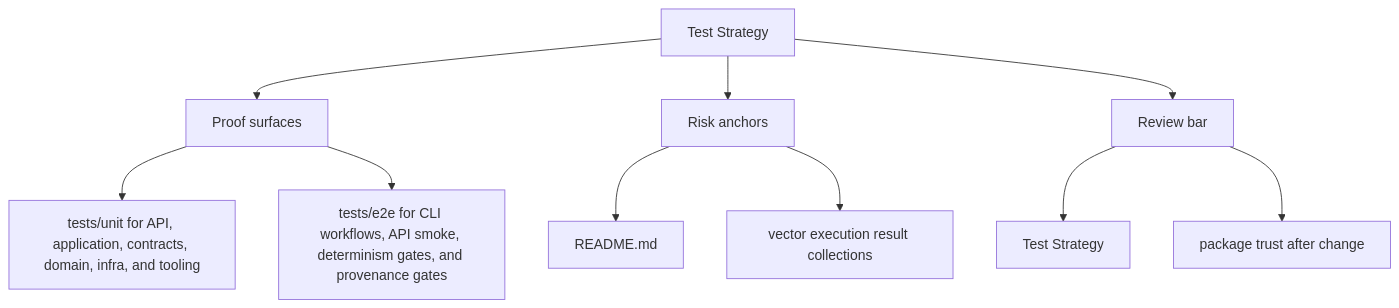
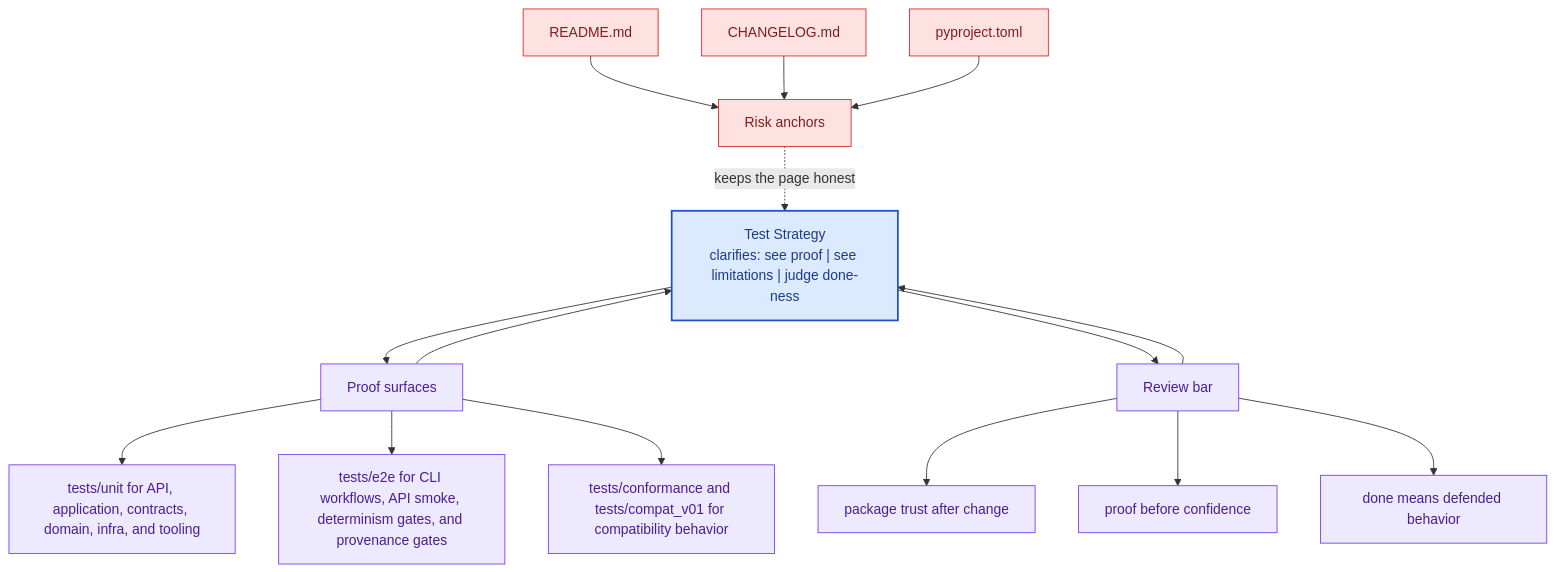
One commit to bijux/bijux-canon changed the second of 2 diagrams in docs/bijux-canon-index/quality/test-strategy.md. Above: the diagram before and after it, drawn with Mermaid. The commit also changed other lines of this file and 281 other files, not shown here.

Commit message:
docs(diagrams): deepen handbook mermaid maps across the catalog

````diff
--- a/docs/bijux-canon-index/quality/test-strategy.md
+++ b/docs/bijux-canon-index/quality/test-strategy.md
@@ -34,22 +67,41 @@
 ```mermaid
-flowchart TD
-    page["Test Strategy"]
+flowchart TB
+    promise["Test Strategy<br/>clarifies: see proof | see limitations | judge done-ness"]
+    classDef promise fill:#dbeafe,stroke:#1d4ed8,color:#1e3a8a,stroke-width:2px;
+    classDef driver fill:#dcfce7,stroke:#16a34a,color:#14532d;
+    classDef constraint fill:#fee2e2,stroke:#dc2626,color:#7f1d1d;
+    classDef ground fill:#ede9fe,stroke:#7c3aed,color:#4c1d95;
     focus1["Proof surfaces"]
-    page --> focus1
+    focus1 --> promise
+    promise --> focus1
     focus1_1["tests/unit for API, application, contracts, domain, infra, and tooling"]
     focus1 --> focus1_1
     focus1_2["tests/e2e for CLI workflows, API smoke, determinism gates, and provenance gates"]
     focus1 --> focus1_2
+    focus1_3["tests/conformance and tests/compat_v01 for compatibility behavior"]
+    focus1 --> focus1_3
+    class focus1 ground;
+    class focus1_1,focus1_2,focus1_3 ground;
     focus2["Risk anchors"]
-    page --> focus2
+    focus2 -.keeps the page honest.-> promise
     focus2_1["README.md"]
-    focus2 --> focus2_1
-    focus2_2["vector execution result collections"]
-    focus2 --> focus2_2
+    focus2_1 --> focus2
+    focus2_2["CHANGELOG.md"]
+    focus2_2 --> focus2
+    focus2_3["pyproject.toml"]
+    focus2_3 --> focus2
+    class focus2 constraint;
+    class focus2_1,focus2_2,focus2_3 constraint;
     focus3["Review bar"]
-    page --> focus3
-    focus3_1["Test Strategy"]
+    focus3 --> promise
+    promise --> focus3
+    focus3_1["package trust after change"]
     focus3 --> focus3_1
-    focus3_2["package trust after change"]
+    focus3_2["proof before confidence"]
     focus3 --> focus3_2
+    focus3_3["done means defended behavior"]
+    focus3 --> focus3_3
+    class focus3 ground;
+    class focus3_1,focus3_2,focus3_3 ground;
+    class promise promise;
 ```
````
